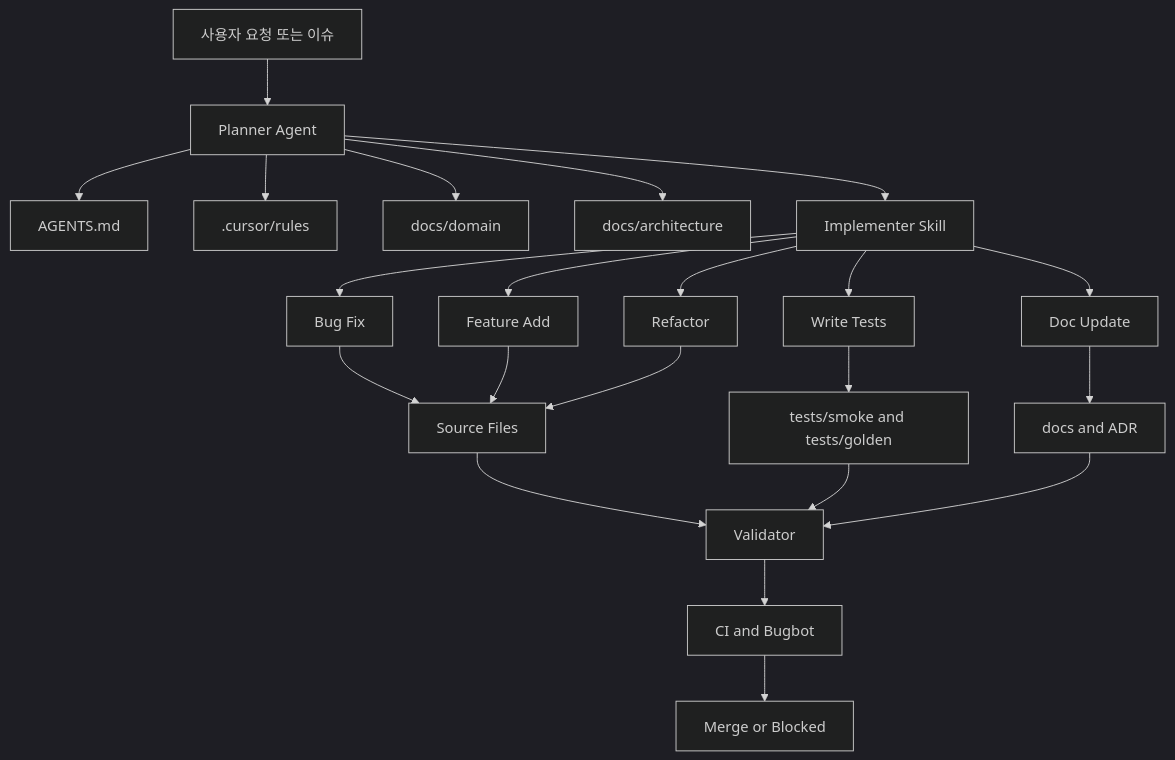
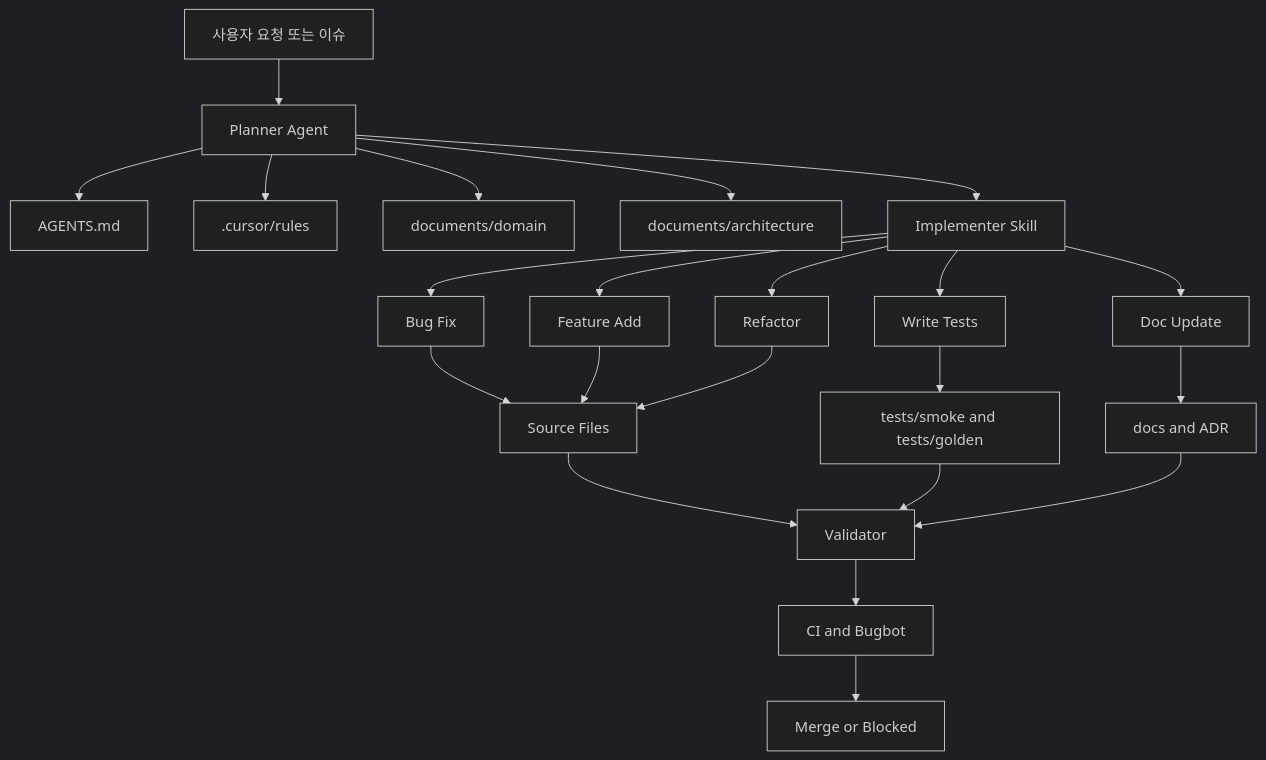
One commit to tigers2020/Shapez2Factory changed the second of 2 diagrams in project_harness_research.md. Above: the diagram before and after it, drawn with Mermaid (dark theme). The commit also changed other lines of this file and 743 other files, not shown here.

````diff
--- a/project_harness_research.md
+++ b/project_harness_research.md
@@ -529,24 +529,24 @@
 ```mermaid
 graph TD
     A[사용자 요청 또는 이슈] --> B[Planner Agent]
     B --> C[AGENTS.md]
     B --> D[.cursor/rules]
-    B --> E[docs/domain]
-    B --> F[docs/architecture]
+    B --> E[documents/domain]
+    B --> F[documents/architecture]
     B --> G[Implementer Skill]
     G --> H[Bug Fix]
     G --> I[Feature Add]
     G --> J[Refactor]
     G --> K[Write Tests]
     G --> L[Doc Update]
     H --> M[Source Files]
     I --> M
     J --> M
     K --> N[tests/smoke and tests/golden]
     L --> O[docs and ADR]
     M --> P[Validator]
     N --> P
     O --> P
     P --> Q[CI and Bugbot]
     Q --> R[Merge or Blocked]
 ```
````
